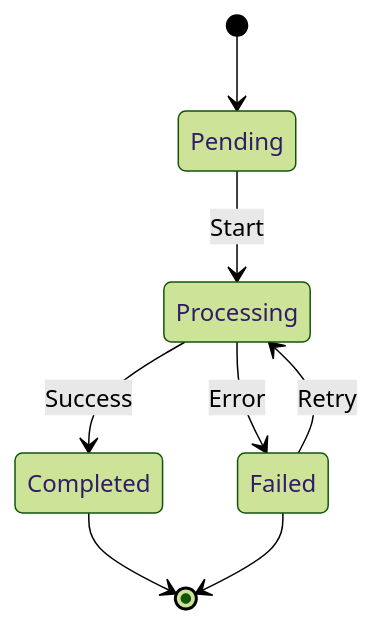
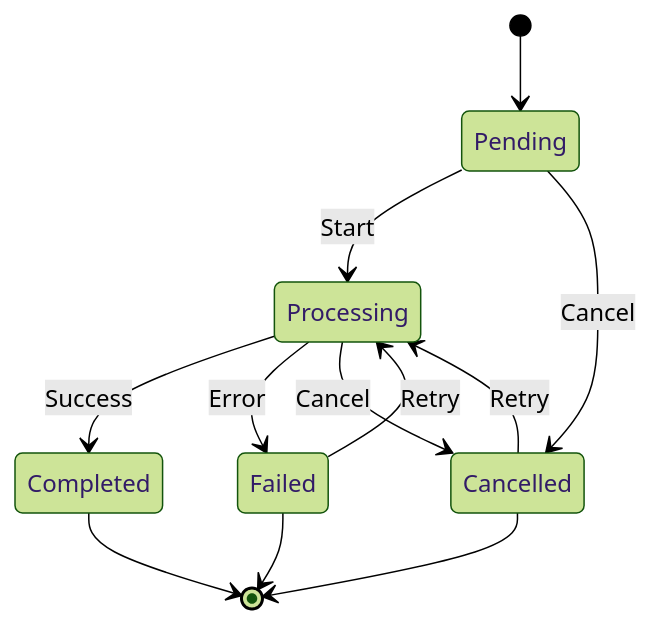
One commit to hua0512/rust-srec changed the diagram in rust-srec/docs/en/reference/workflows.md. Above: the diagram before and after it, drawn with Mermaid (forest theme). The commit also changed other lines of this file and 95 other files, not shown here.

````diff
--- a/rust-srec/docs/en/reference/workflows.md
+++ b/rust-srec/docs/en/reference/workflows.md
@@ -65,10 +65,14 @@
 ```mermaid
 stateDiagram-v2
     [*] --> Pending
     Pending --> Processing: Start
     Processing --> Completed: Success
     Processing --> Failed: Error
     Failed --> Processing: Retry
+    Pending --> Cancelled: Cancel
+    Processing --> Cancelled: Cancel
+    Cancelled --> Processing: Retry
     Completed --> [*]
     Failed --> [*]
+    Cancelled --> [*]
 ```
````
